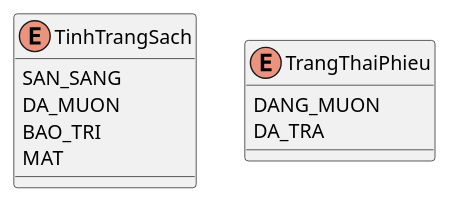
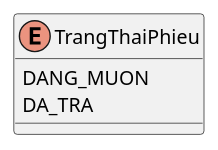
One commit to NPhamDoan/FULL_QLThuVien changed diagram 12 of 15 in .kiro/document/BaoCao_3UC_PlantUML.md. Above: the diagram before and after it, drawn with PlantUML. The commit also changed other lines of this file and 37 other files, not shown here.

````diff
--- a/.kiro/document/BaoCao_3UC_PlantUML.md
+++ b/.kiro/document/BaoCao_3UC_PlantUML.md
@@ -357,15 +403,8 @@
 ```plantuml
 @startuml
-enum TinhTrangSach {
-    SAN_SANG
-    DA_MUON
-    BAO_TRI
-    MAT
-}
-
 enum TrangThaiPhieu {
     DANG_MUON
     DA_TRA
 }
 @enduml
 ```
````
